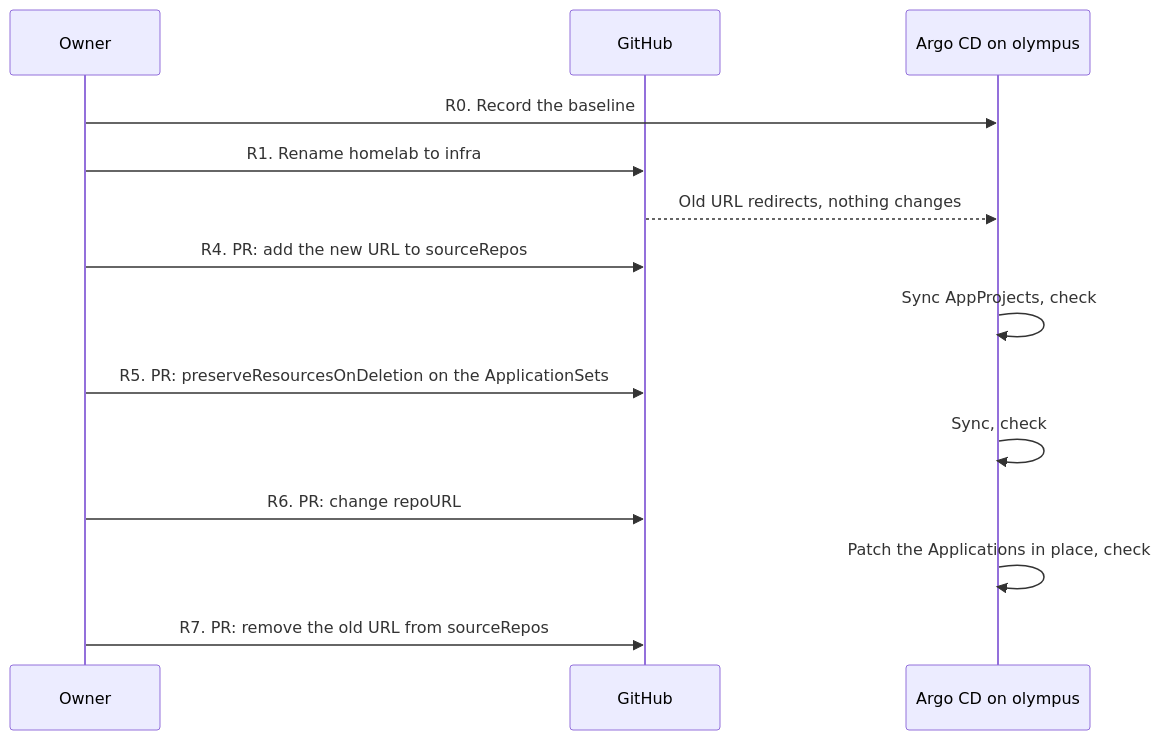
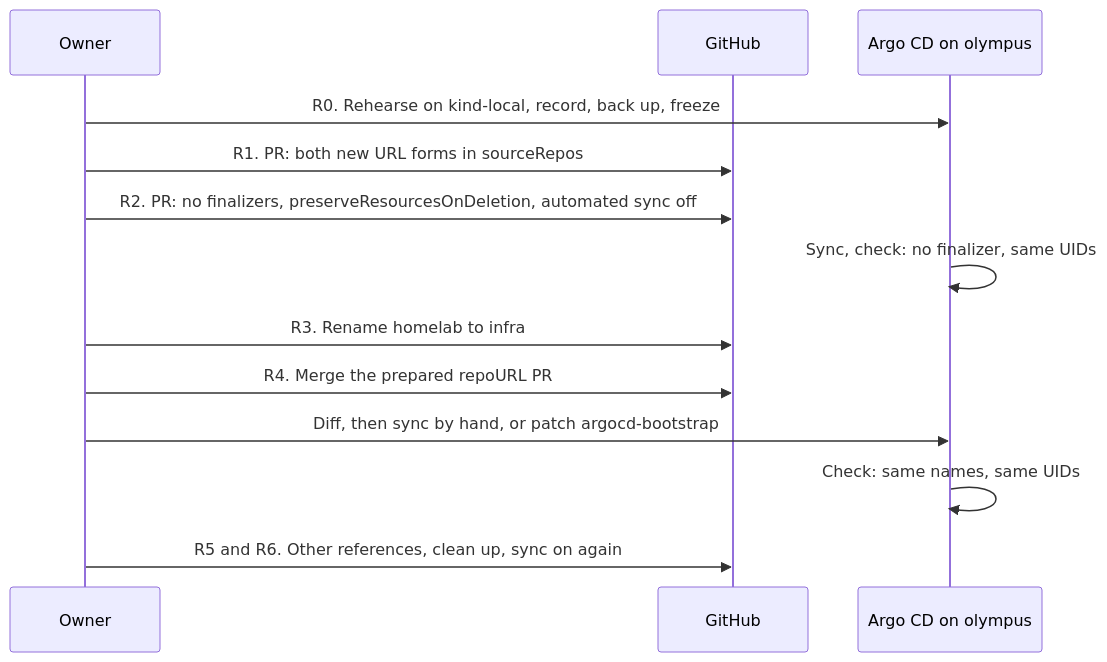
One commit to gsuquet/homelab changed the second of 2 diagrams in docs/records/rfcs/0005-repository-scope-and-naming.md. Above: the diagram before and after it, drawn with Mermaid. The commit also changed other lines of this file, not shown here.

````diff
--- a/docs/records/rfcs/0005-repository-scope-and-naming.md
+++ b/docs/records/rfcs/0005-repository-scope-and-naming.md
@@ -316,16 +327,15 @@
 ```mermaid
 sequenceDiagram
     participant O as Owner
     participant G as GitHub
     participant A as Argo CD on olympus
-    O->>A: R0. Record the baseline
-    O->>G: R1. Rename homelab to infra
-    G-->>A: Old URL redirects, nothing changes
-    O->>G: R4. PR: add the new URL to sourceRepos
-    A->>A: Sync AppProjects, check
-    O->>G: R5. PR: preserveResourcesOnDeletion on the ApplicationSets
-    A->>A: Sync, check
-    O->>G: R6. PR: change repoURL
-    A->>A: Patch the Applications in place, check
-    O->>G: R7. PR: remove the old URL from sourceRepos
+    O->>A: R0. Rehearse on kind-local, record, back up, freeze
+    O->>G: R1. PR: both new URL forms in sourceRepos
+    O->>G: R2. PR: no finalizers, preserveResourcesOnDeletion, automated sync off
+    A->>A: Sync, check: no finalizer, same UIDs
+    O->>G: R3. Rename homelab to infra
+    O->>G: R4. Merge the prepared repoURL PR
+    O->>A: Diff, then sync by hand, or patch argocd-bootstrap
+    A->>A: Check: same names, same UIDs
+    O->>G: R5 and R6. Other references, clean up, sync on again
 ```
````
